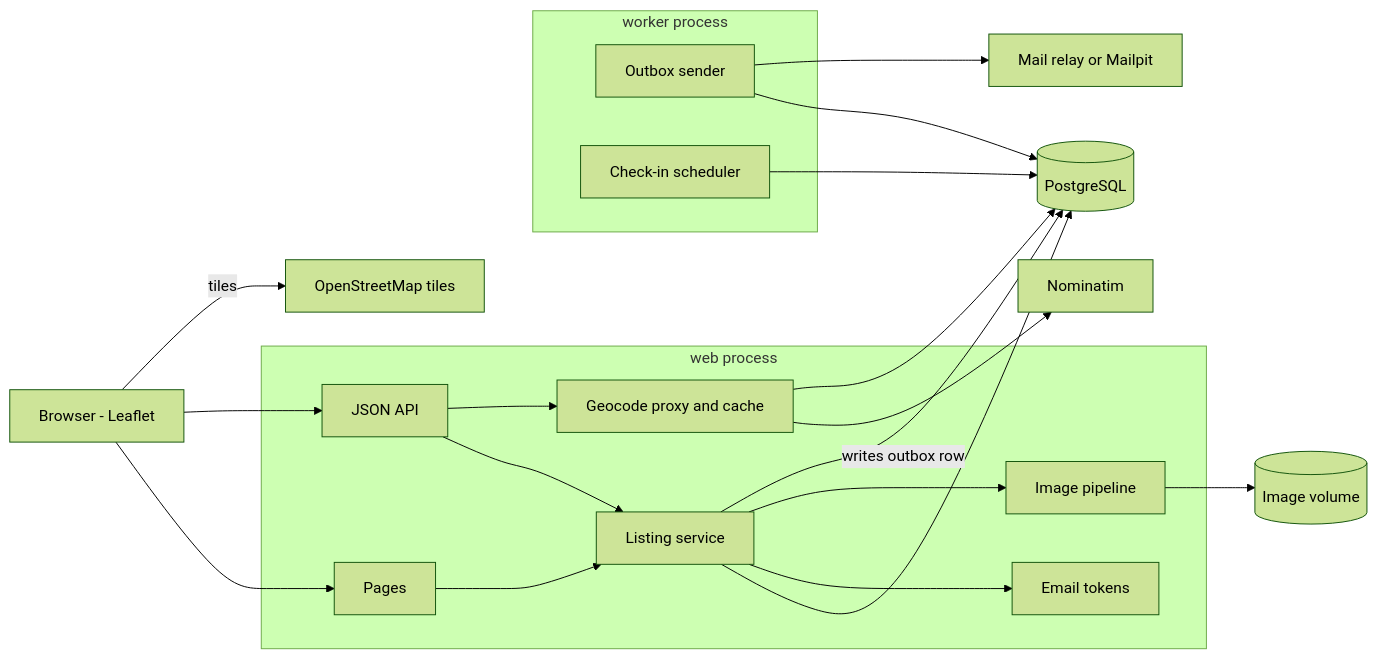
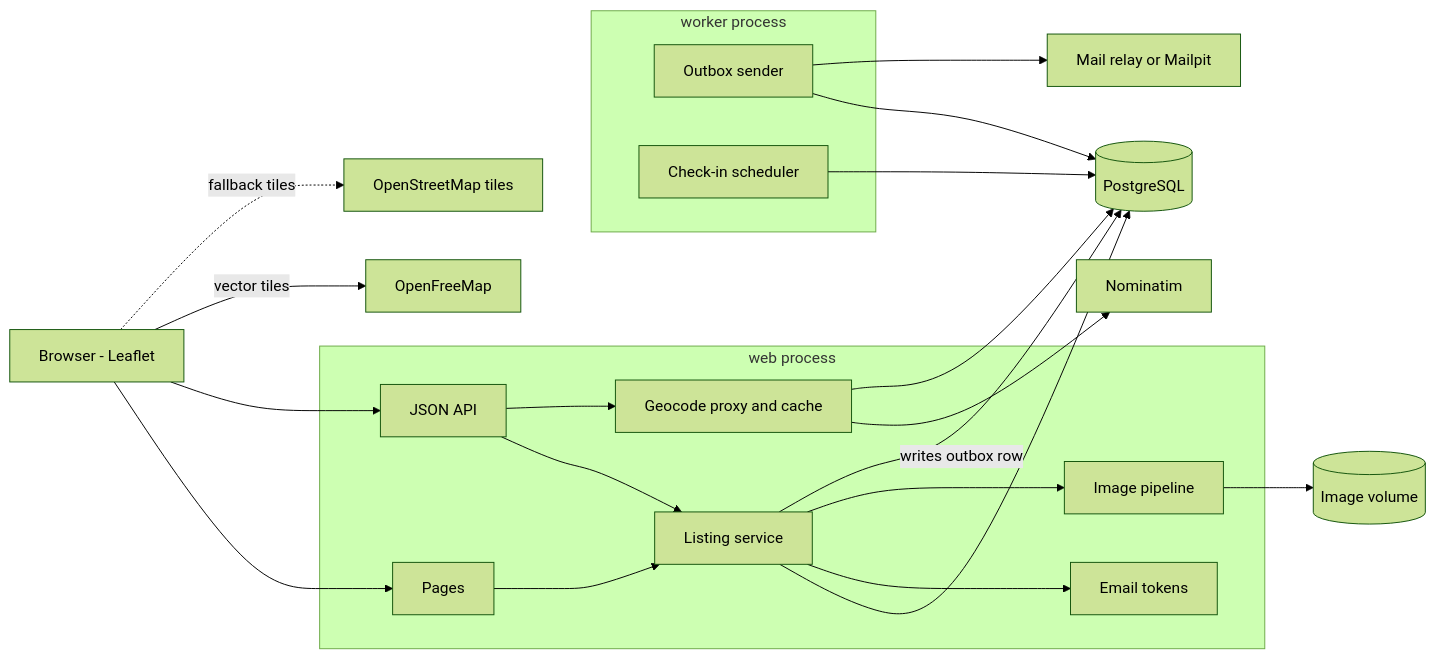
Before and after one commit to MoAbboud/PortFolio: the first of 5 diagrams in roamer/requirements/03-architecture.md, drawn with Mermaid (forest theme). The commit also changed other lines of this file and 14 other files, not shown here.

Commit message:
roamer's map goes quiet: openfreemap's white-and-grey positron style instead of openstreetmap's colours, so the pins are the only colour on it, with greyed tiles as the fallback

````diff
--- a/roamer/requirements/03-architecture.md
+++ b/roamer/requirements/03-architecture.md
@@ -33,35 +33,36 @@
 ```mermaid
 flowchart LR
     subgraph web[web process]
         PAGES[Pages]
         API[JSON API]
         SVC[Listing service]
         IMG[Image pipeline]
         GEOC[Geocode proxy and cache]
         TOK[Email tokens]
     end
     subgraph worker[worker process]
         SEND[Outbox sender]
         CHECK[Check-in scheduler]
     end
     DB[(PostgreSQL)]
     VOL[(Image volume)]
     SMTP[Mail relay or Mailpit]
     NOM[Nominatim]
     BR[Browser - Leaflet]
 
     BR --> PAGES
     BR --> API
-    BR -->|tiles| OSM[OpenStreetMap tiles]
+    BR -->|vector tiles| OFM[OpenFreeMap]
+    BR -.->|fallback tiles| OSM[OpenStreetMap tiles]
     PAGES --> SVC
     API --> SVC
     SVC --> DB
     SVC --> TOK
     SVC --> IMG --> VOL
     API --> GEOC --> NOM
     GEOC --> DB
     SVC -->|writes outbox row| DB
     SEND --> DB
     SEND --> SMTP
     CHECK --> DB
 ```
````
